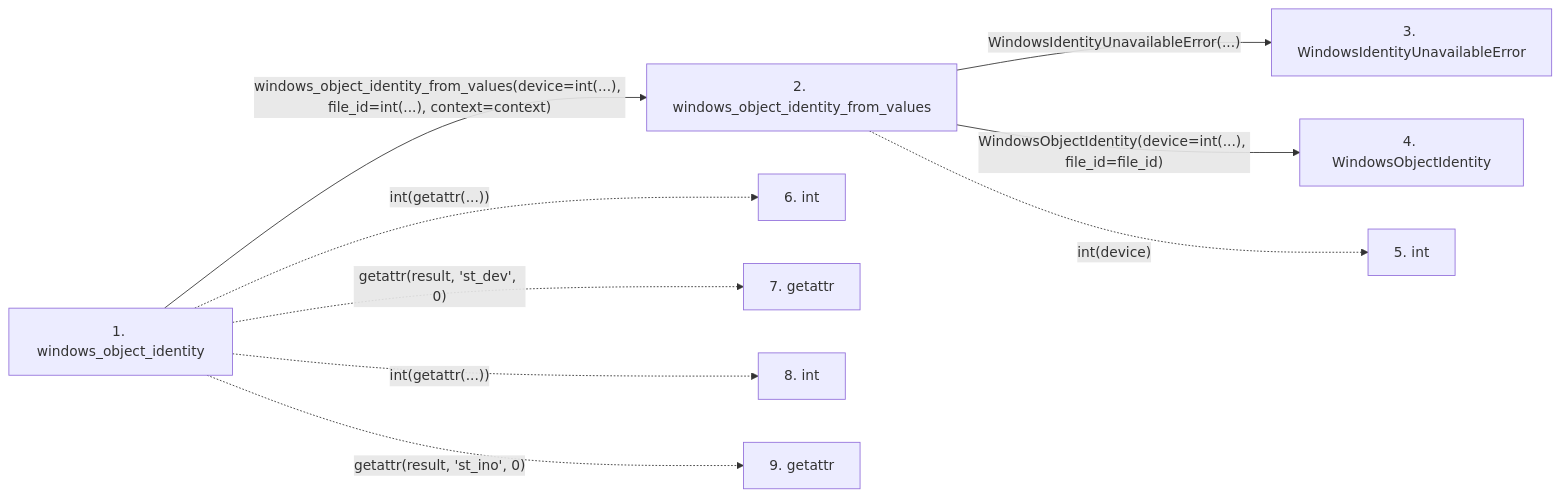
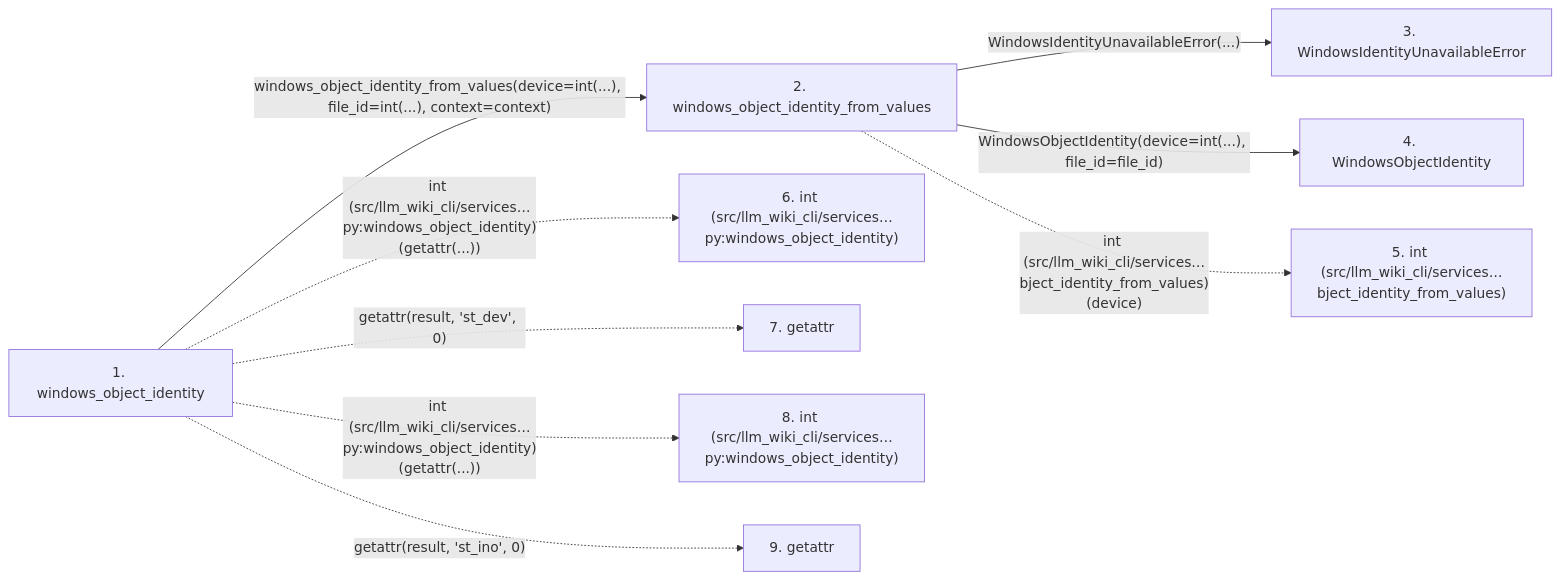
Before and after one commit to Denissvgn/python-wiki-llm: the second of 2 diagrams in docs/llm_wiki/flows/api-windows_object_identity.md, drawn with Mermaid. The commit also changed other lines of this file and 719 other files, not shown here.

````diff
--- a/docs/llm_wiki/flows/api-windows_object_identity.md
+++ b/docs/llm_wiki/flows/api-windows_object_identity.md
@@ -31,24 +32,24 @@
 ```mermaid
 flowchart LR
     s1["1. windows_object_identity"]
     s2["2. windows_object_identity_from_values"]
     s3["3. WindowsIdentityUnavailableError"]
     s4["4. WindowsObjectIdentity"]
-    s5["5. int"]
-    s6["6. int"]
+    s5["5. int (src/llm_wiki_cli/services…bject_identity_from_values)"]
+    s6["6. int (src/llm_wiki_cli/services…py:windows_object_identity)"]
     s7["7. getattr"]
-    s8["8. int"]
+    s8["8. int (src/llm_wiki_cli/services…py:windows_object_identity)"]
     s9["9. getattr"]
     s1 -->|"windows_object_identity_from_values(device=int(...), file_id=int(...), context=context)"| s2
     s2 -->|"WindowsIdentityUnavailableError(...)"| s3
     s2 -->|"WindowsObjectIdentity(device=int(...), file_id=file_id)"| s4
-    s2 -. "int(device)" .-> s5
-    s1 -. "int(getattr(...))" .-> s6
+    s2 -. "int (src/llm_wiki_cli/services…bject_identity_from_values)(device)" .-> s5
+    s1 -. "int (src/llm_wiki_cli/services…py:windows_object_identity)(getattr(...))" .-> s6
     s1 -. "getattr(result, 'st_dev', 0)" .-> s7
-    s1 -. "int(getattr(...))" .-> s8
+    s1 -. "int (src/llm_wiki_cli/services…py:windows_object_identity)(getattr(...))" .-> s8
     s1 -. "getattr(result, 'st_ino', 0)" .-> s9
     click s1 "../modules/filesystem_guard.md"
     click s2 "../modules/filesystem_guard.md"
     click s3 "../modules/filesystem_guard.md"
     click s4 "../modules/filesystem_guard.md"
 ```
````
